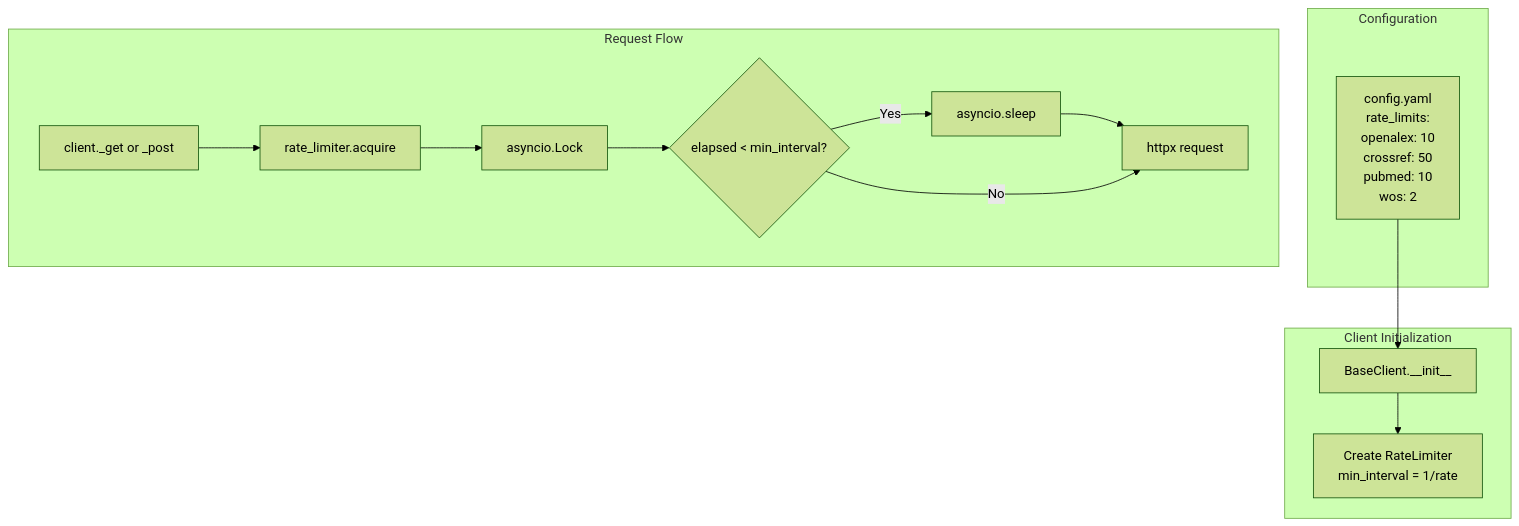
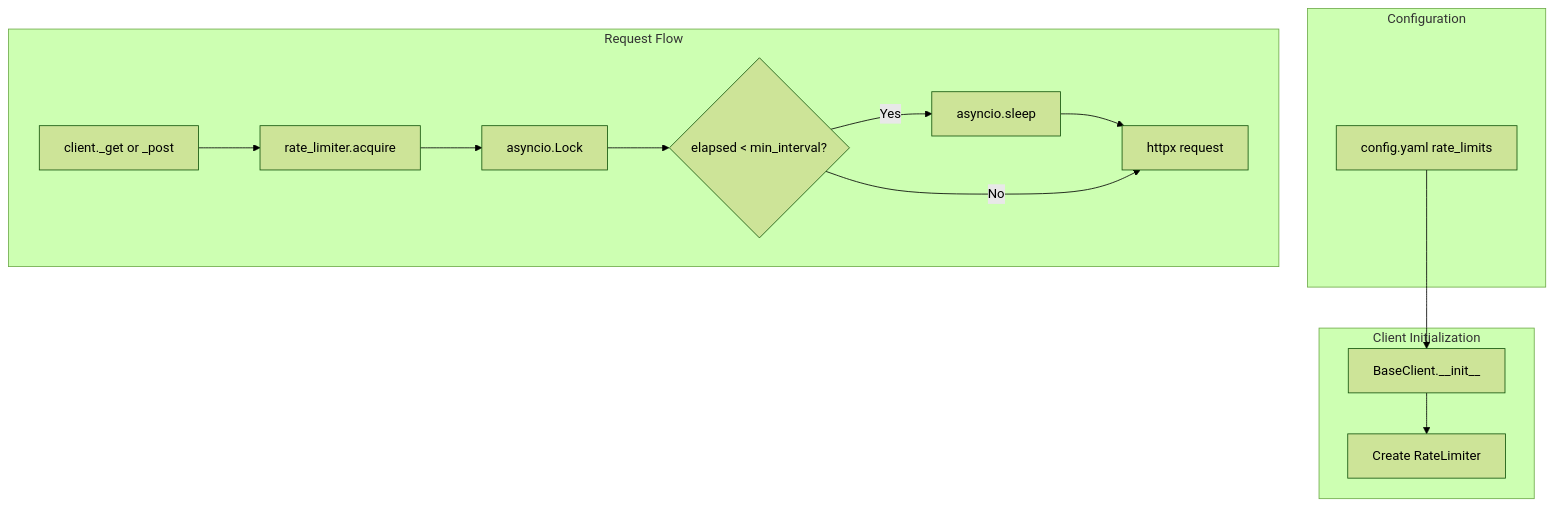
Before and after one commit to SteadfastAsArt/paper-ladder: diagram 13 of 15 in docs/ARCHITECTURE.md, drawn with Mermaid (forest theme). The commit also changed other lines of this file, not shown here.

Commit message:
Fix Mermaid syntax for GitHub compatibility

````diff
--- a/docs/ARCHITECTURE.md
+++ b/docs/ARCHITECTURE.md
@@ -717,28 +704,28 @@
 ```mermaid
 flowchart TB
-    subgraph "Configuration"
-        CFG["config.yaml<br/>rate_limits:<br/>  openalex: 10<br/>  crossref: 50<br/>  pubmed: 10<br/>  wos: 2"]
+    subgraph Config[Configuration]
+        CFG[config.yaml rate_limits]
     end
 
-    subgraph "Client Initialization"
+    subgraph Init[Client Initialization]
         BC[BaseClient.__init__]
-        RL_CREATE["Create RateLimiter<br/>min_interval = 1/rate"]
+        RL_CREATE[Create RateLimiter]
     end
 
-    subgraph "Request Flow"
+    subgraph Request[Request Flow]
         REQ[client._get or _post]
         ACQ[rate_limiter.acquire]
         LOCK[asyncio.Lock]
         WAIT{elapsed < min_interval?}
         SLEEP[asyncio.sleep]
         HTTP[httpx request]
     end
 
     CFG --> BC
     BC --> RL_CREATE
     REQ --> ACQ
     ACQ --> LOCK
     LOCK --> WAIT
     WAIT -->|Yes| SLEEP --> HTTP
     WAIT -->|No| HTTP
 ```
````
